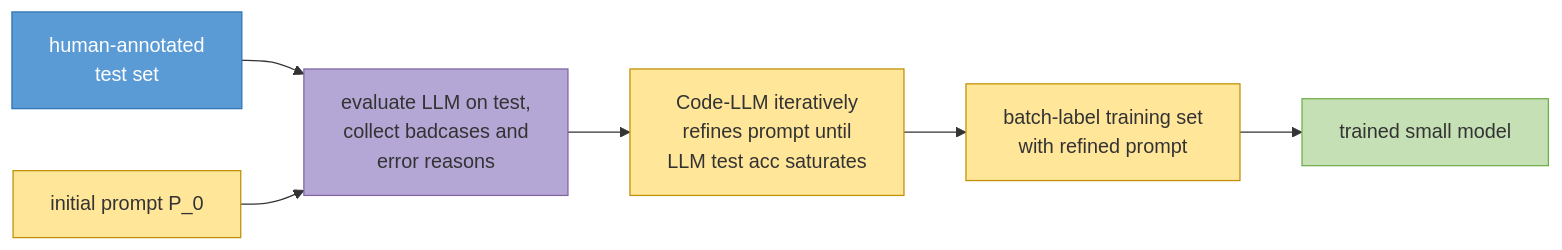
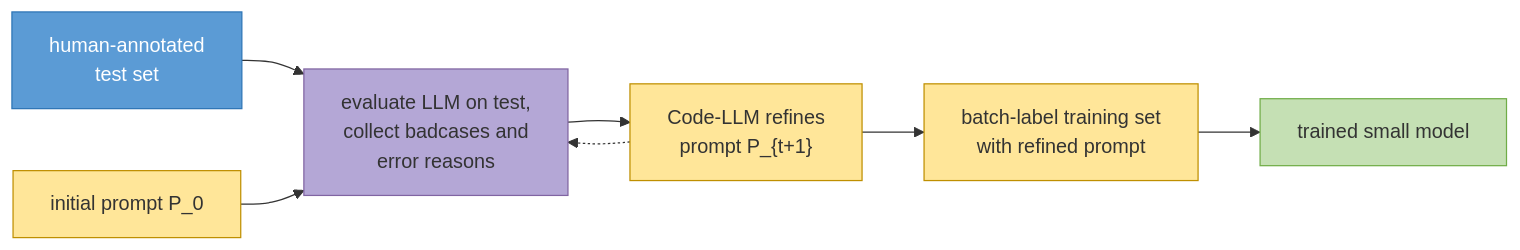
Before and after one commit to guotong1988/guotong1988.github.io: the second of 3 diagrams in core_research/_posts/2025-10-01-unified-nlp.md, drawn with Mermaid. The commit also changed other lines of this file, not shown here.

````diff
--- a/core_research/_posts/2025-10-01-unified-nlp.md
+++ b/core_research/_posts/2025-10-01-unified-nlp.md
@@ -69,18 +69,19 @@
 ```mermaid
 flowchart LR
     T["human-annotated<br/>test set"] --> E["evaluate LLM on test,<br/>collect badcases and<br/>error reasons"]
     P0["initial prompt P_0"] --> E
-    E --> R["Code-LLM iteratively<br/>refines prompt until<br/>LLM test acc saturates"]
+    E --> R["Code-LLM refines<br/>prompt P_{t+1}"]
+    R -.-> E
     R --> BL["batch-label training set<br/>with refined prompt"]
     BL --> SM["trained small model"]
 
     classDef init fill:#5B9BD5,stroke:#2E75B6,color:#fff
     classDef model fill:#C5E0B4,stroke:#70AD47
     classDef noisy fill:#B4A7D6,stroke:#8064A2
     classDef prompt fill:#FFE699,stroke:#BF8F00
 
     class T init
     class E noisy
     class P0,R,BL prompt
     class SM model
 ```
````
